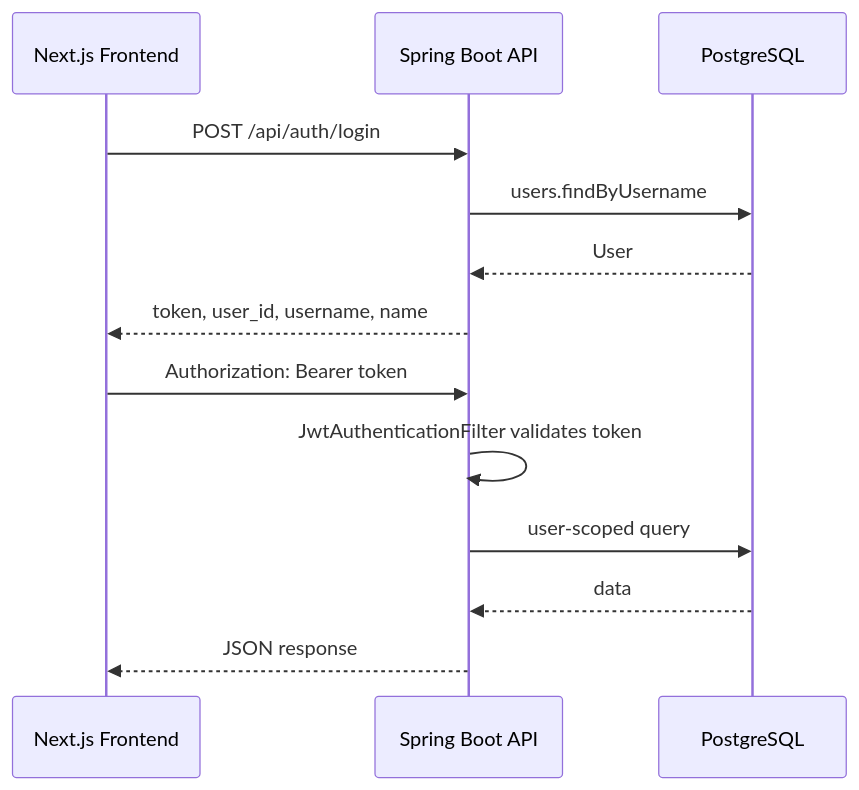
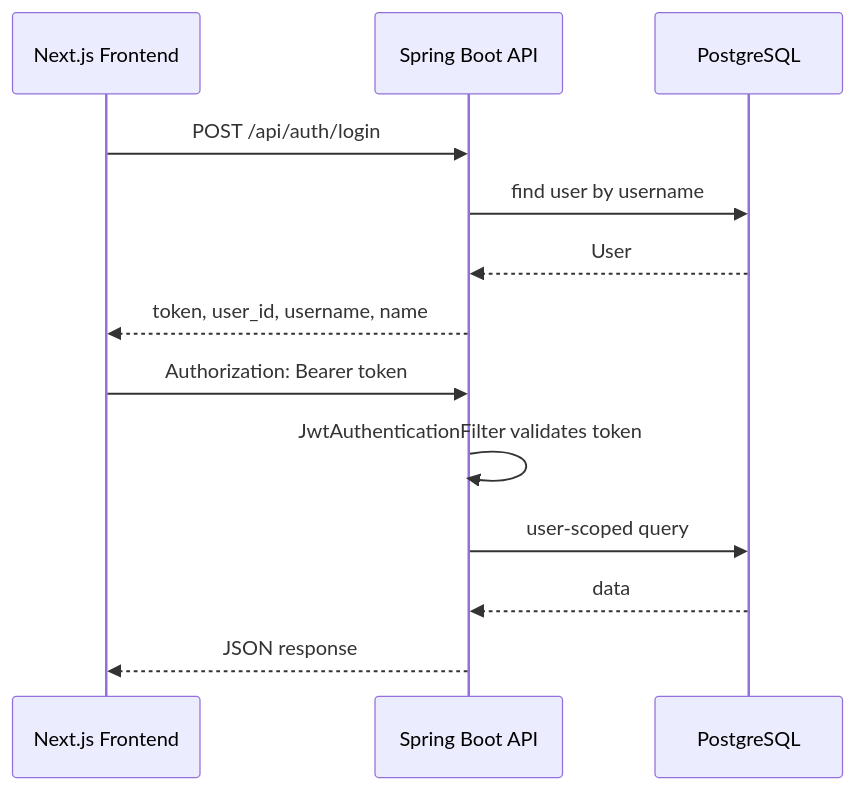
One commit to potteradam4016-sudo/baeum_passport changed the second of 3 diagrams in docs/BACKEND_ANALYSIS_REPORT.md. Above: the diagram before and after it, drawn with Mermaid. The commit also changed other lines of this file and 45 other files, not shown here.

````diff
--- a/docs/BACKEND_ANALYSIS_REPORT.md
+++ b/docs/BACKEND_ANALYSIS_REPORT.md
@@ -247,16 +239,16 @@
 ```mermaid
 sequenceDiagram
     participant FE as Next.js Frontend
     participant API as Spring Boot API
     participant DB as PostgreSQL
 
     FE->>API: POST /api/auth/login
-    API->>DB: users.findByUsername
+    API->>DB: find user by username
     DB-->>API: User
     API-->>FE: token, user_id, username, name
     FE->>API: Authorization: Bearer token
     API->>API: JwtAuthenticationFilter validates token
     API->>DB: user-scoped query
     DB-->>API: data
     API-->>FE: JSON response
 ```
````
